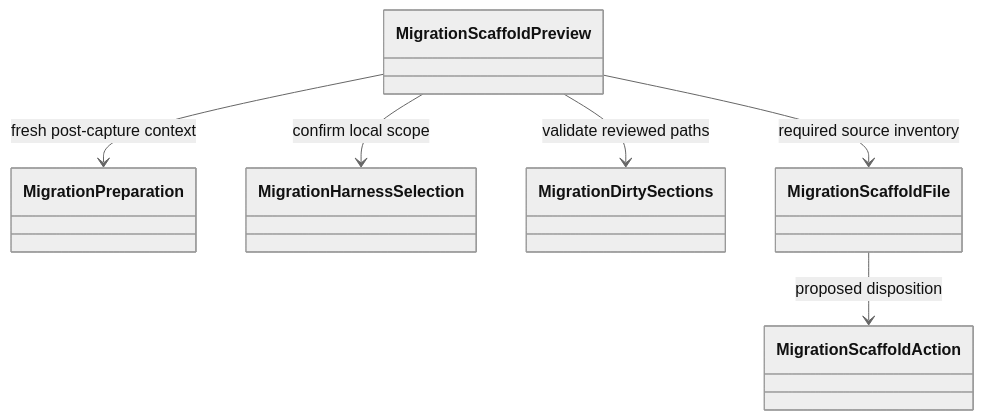
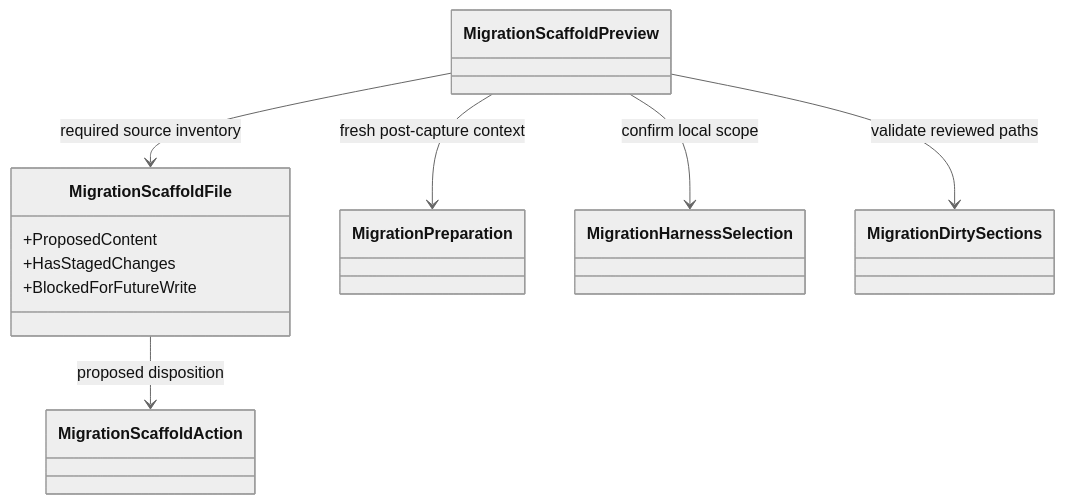
Diagram 19 of 25 in docs/architecture.md (ferrywlto/ai-env-as-code), drawn with Mermaid (neutral theme) before and after one commit. The commit also changed other lines of this file and 6 other files, not shown here.

````diff
--- a/docs/architecture.md
+++ b/docs/architecture.md
@@ -566,8 +573,13 @@
 ```mermaid
 classDiagram
+    class MigrationScaffoldFile {
+        +ProposedContent
+        +HasStagedChanges
+        +BlockedForFutureWrite
+    }
     MigrationScaffoldPreview --> MigrationPreparation : fresh post-capture context
     MigrationScaffoldPreview --> MigrationHarnessSelection : confirm local scope
     MigrationScaffoldPreview --> MigrationDirtySections : validate reviewed paths
     MigrationScaffoldPreview --> MigrationScaffoldFile : required source inventory
     MigrationScaffoldFile --> MigrationScaffoldAction : proposed disposition
 ```
````
